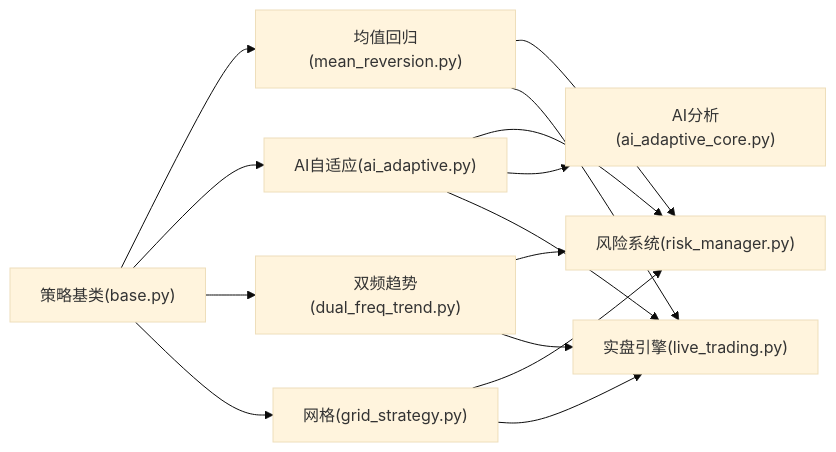
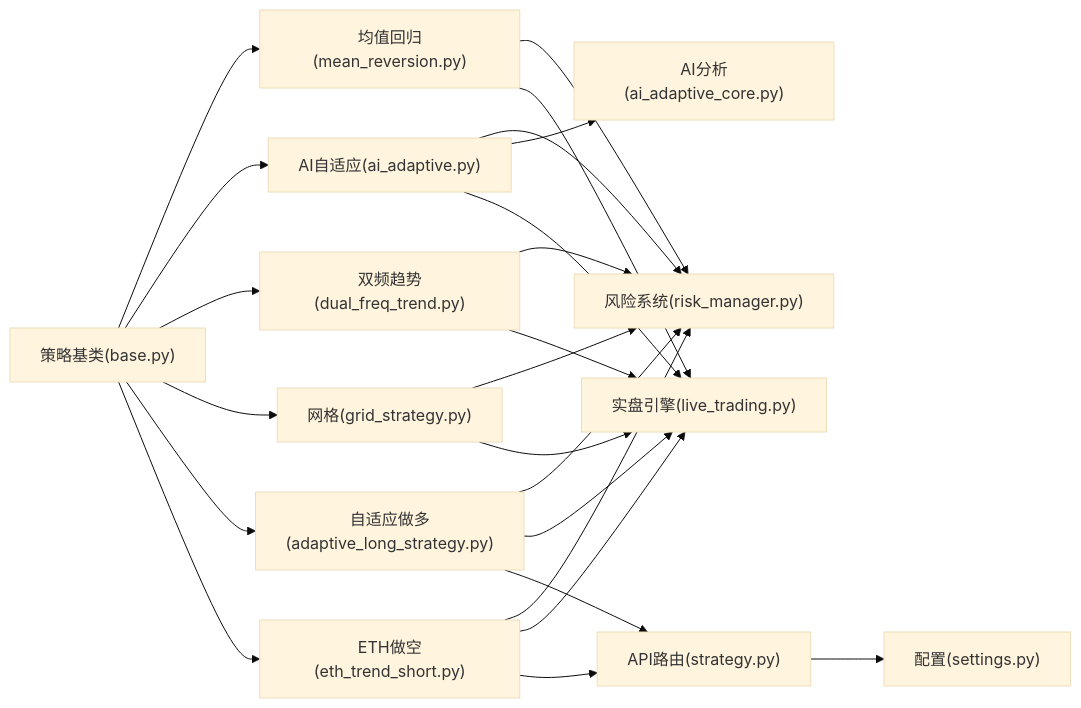
Before and after one commit to zyf266/ending: the tenth of 10 diagrams in .qoder/repowiki/zh/content/核心模块详解/策略框架/具体策略实现/具体策略实现.md, drawn with Mermaid (base theme). The commit also changed other lines of this file and 63 other files, not shown here.

````diff
--- a/.qoder/repowiki/zh/content/核心模块详解/策略框架/具体策略实现/具体策略实现.md
+++ b/.qoder/repowiki/zh/content/核心模块详解/策略框架/具体策略实现/具体策略实现.md
@@ -285,16 +474,25 @@
 ```mermaid
 graph LR
 Base["策略基类(base.py)"] --> MR["均值回归(mean_reversion.py)"]
 Base --> AI["AI自适应(ai_adaptive.py)"]
 Base --> DF["双频趋势(dual_freq_trend.py)"]
 Base --> GS["网格(grid_strategy.py)"]
+Base --> ALS["自适应做多(adaptive_long_strategy.py)"]
+Base --> ETSS["ETH做空(eth_trend_short.py)"]
 MR --> Risk["风险系统(risk_manager.py)"]
 AI --> Risk
 DF --> Risk
 GS --> Risk
+ALS --> Risk
+ETSS --> Risk
 AI --> AICore["AI分析(ai_adaptive_core.py)"]
 MR --> Live["实盘引擎(live_trading.py)"]
 AI --> Live
 DF --> Live
 GS --> Live
+ALS --> Live
+ETSS --> Live
+ALS --> API["API路由(strategy.py)"]
+ETSS --> API
+API --> CFG["配置(settings.py)"]
 ```
````
